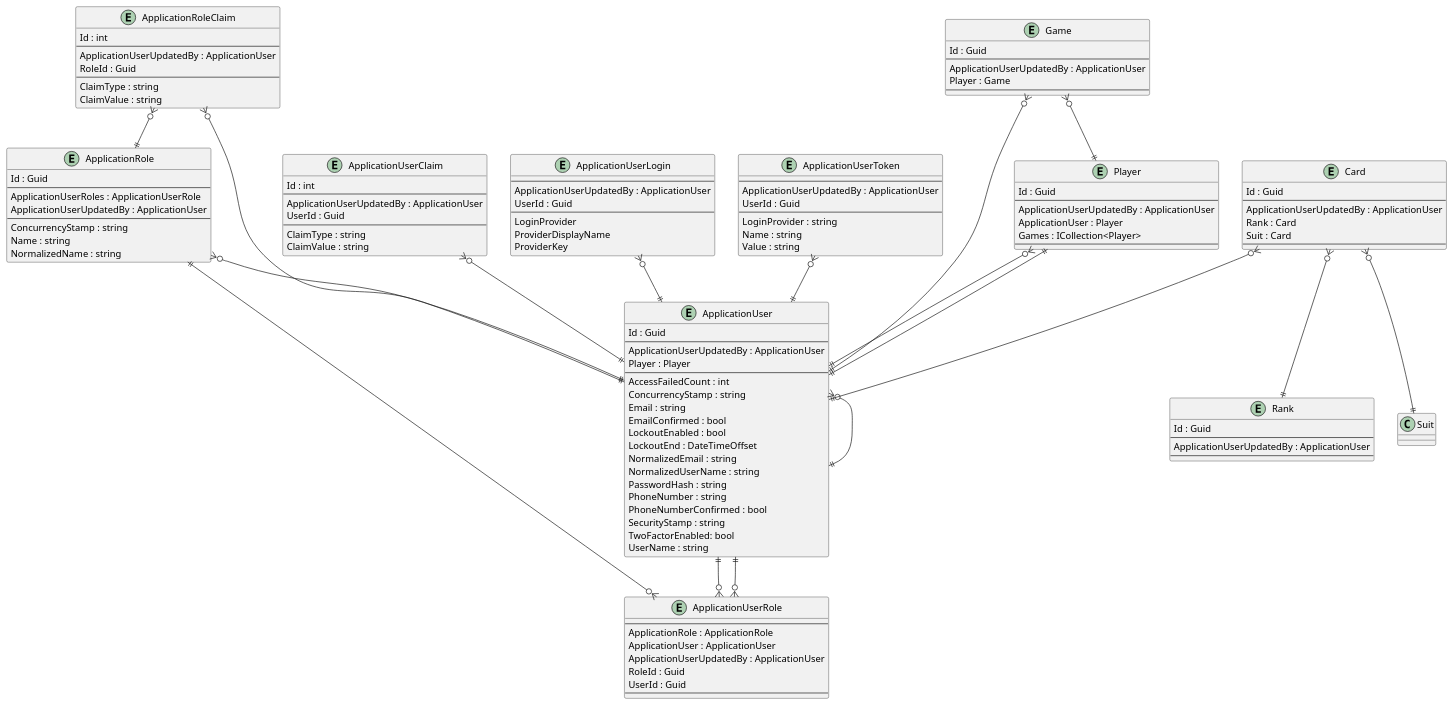
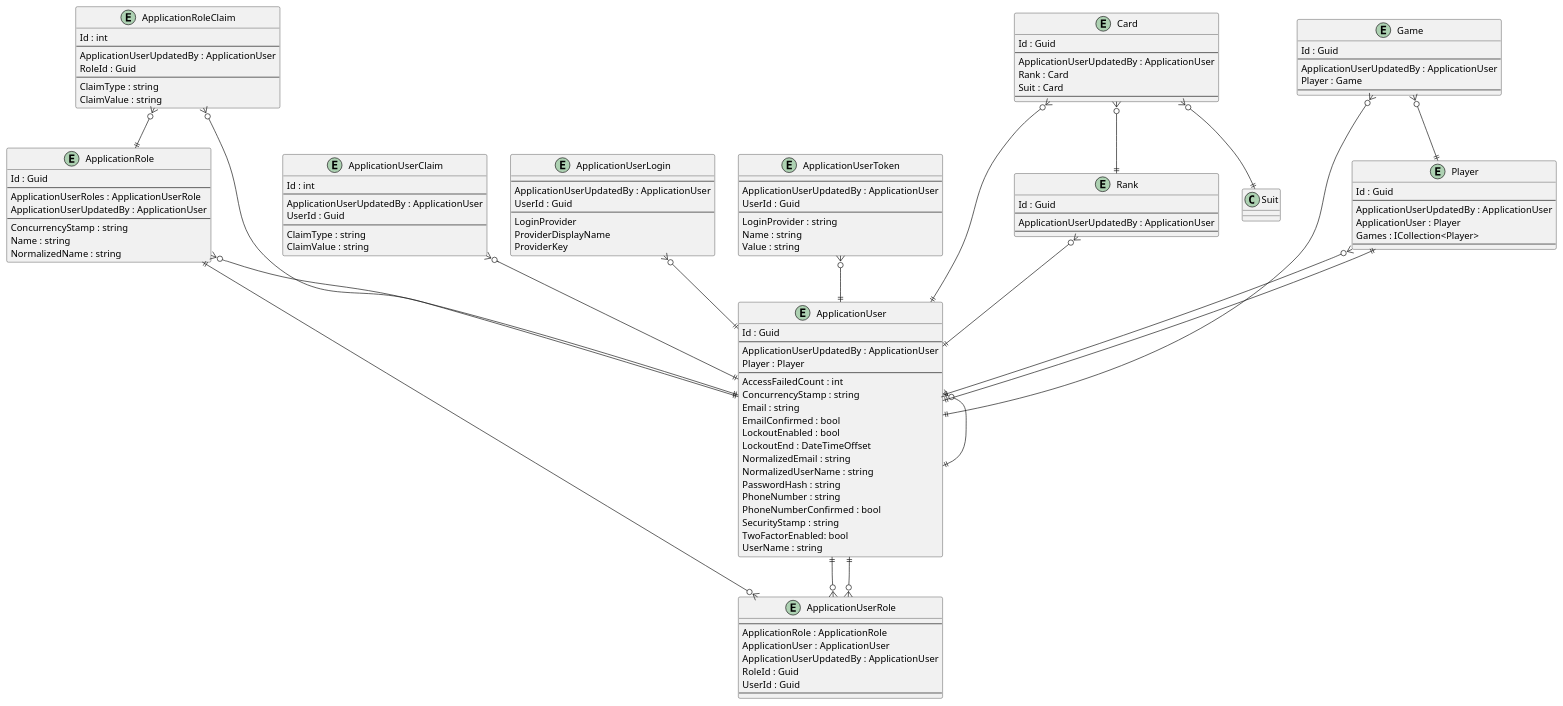
One commit to intrepion/intrepion_klondike-solitaire_csharp changed the diagram in .docs/Intrepion.KlondikeSolitaire.pu. Above: the diagram before and after it, drawn with PlantUML.

```diff
--- a/.docs/Intrepion.KlondikeSolitaire.pu
+++ b/.docs/Intrepion.KlondikeSolitaire.pu
@@ -1,150 +1,151 @@
 @startuml
 
 entity ApplicationRole {
     Id : Guid
     --
     ApplicationUserRoles : ApplicationUserRole
     ApplicationUserUpdatedBy : ApplicationUser
     --
     ConcurrencyStamp : string
     Name : string
     NormalizedName : string
 }
 
 entity ApplicationRoleClaim {
     Id : int
     --
     ApplicationUserUpdatedBy : ApplicationUser
     RoleId : Guid
     --
     ClaimType : string
     ClaimValue : string
 }
 
 entity ApplicationUser {
     Id : Guid
     --
     ApplicationUserUpdatedBy : ApplicationUser
     Player : Player
     ' ApplicationUserKeyCodePlaceholder
     --
     AccessFailedCount : int
     ConcurrencyStamp : string
     Email : string
     EmailConfirmed : bool
     LockoutEnabled : bool
     LockoutEnd : DateTimeOffset
     NormalizedEmail : string
     NormalizedUserName : string
     PasswordHash : string
     PhoneNumber : string
     PhoneNumberConfirmed : bool
     SecurityStamp : string
     TwoFactorEnabled: bool
     UserName : string
 }
 
 entity ApplicationUserClaim {
     Id : int
     --
     ApplicationUserUpdatedBy : ApplicationUser
     UserId : Guid
     --
     ClaimType : string
     ClaimValue : string
 }
 
 entity ApplicationUserLogin {
     --
     ApplicationUserUpdatedBy : ApplicationUser
     UserId : Guid
     --
     LoginProvider
     ProviderDisplayName
     ProviderKey
 }
 
 entity ApplicationUserRole {
     --
     ApplicationRole : ApplicationRole
     ApplicationUser : ApplicationUser
     ApplicationUserUpdatedBy : ApplicationUser
     RoleId : Guid
     UserId : Guid
     --
 }
 
 entity ApplicationUserToken {
     --
     ApplicationUserUpdatedBy : ApplicationUser
     UserId : Guid
     --
     LoginProvider : string
     Name : string
     Value : string
 }
 
 entity Card {
     Id : Guid
     --
     ApplicationUserUpdatedBy : ApplicationUser
     Rank : Card
     Suit : Card
     ' CardKeyCodePlaceholder
     --
     ' CardPropertyCodePlaceholder
 }
 
 entity Game {
     Id : Guid
     --
     ApplicationUserUpdatedBy : ApplicationUser
     Player : Game
     ' GameKeyCodePlaceholder
     --
     ' GamePropertyCodePlaceholder
 }
 
 entity Player {
     Id : Guid
     --
     ApplicationUserUpdatedBy : ApplicationUser
     ApplicationUser : Player
     Games : ICollection<Player>
     ' PlayerKeyCodePlaceholder
     --
     ' PlayerPropertyCodePlaceholder
 }
 
 entity Rank {
     Id : Guid
     --
     ApplicationUserUpdatedBy : ApplicationUser
     ' RankKeyCodePlaceholder
     --
     ' RankPropertyCodePlaceholder
 }
 
 ' EntityCodePlaceholder
 
 ApplicationRole ||--o{ ApplicationUserRole
 ApplicationRole }o--|| ApplicationUser
 ApplicationRoleClaim }o--|| ApplicationRole
 ApplicationRoleClaim }o--|| ApplicationUser
 ApplicationUser }o--|| ApplicationUser
 ApplicationUser ||--o{ ApplicationUserRole
 ApplicationUserClaim }o--|| ApplicationUser
 ApplicationUserLogin }o--|| ApplicationUser
 ApplicationUserRole }o--|| ApplicationUser
 ApplicationUserToken }o--|| ApplicationUser
 
 Card }o--|| ApplicationUser
 Card }o--|| Rank
 Card }o--|| Suit
 Game }o--|| ApplicationUser
 Game }o--|| Player
 Player }o--|| ApplicationUser
 Player ||--|| ApplicationUser
+Rank }o--|| ApplicationUser
 ' RelationshipCodePlaceholder
 
 @enduml
```
